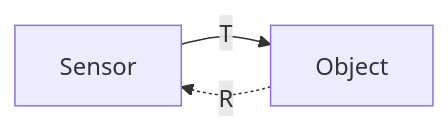
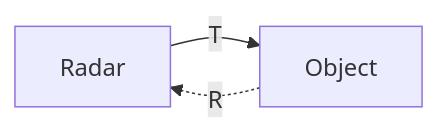
Before and after one commit to afondiel/computer-science-notebook: the second of 4 diagrams in automotive/self-driving/self-driving-notes.md, drawn with Mermaid. The commit also changed other lines of this file, not shown here.

Commit message:
auto-self-drv: change sensors name in mermaid graph

````diff
--- a/automotive/self-driving/self-driving-notes.md
+++ b/automotive/self-driving/self-driving-notes.md
@@ -77,6 +77,6 @@
 ```mermaid
  graph LR
 
-         a1[Sensor]-->|T|a2[Object]
+         a1[Radar]-->|T|a2[Object]
          a2-.->|R|a1
 ```
````
